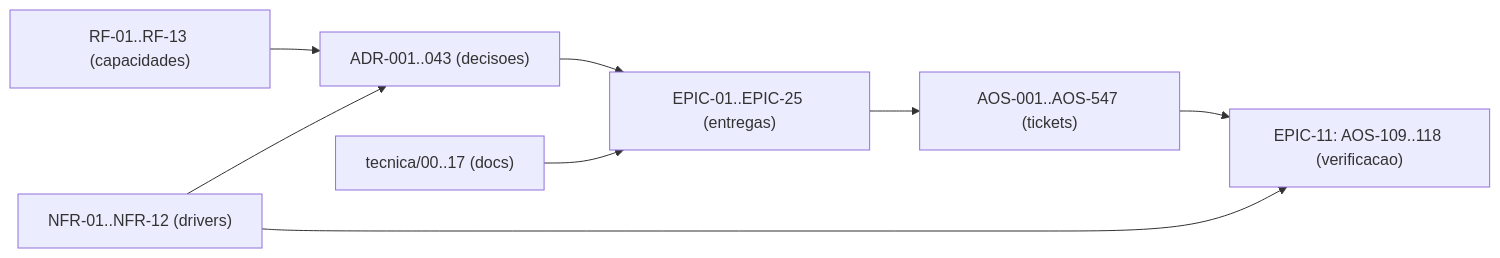
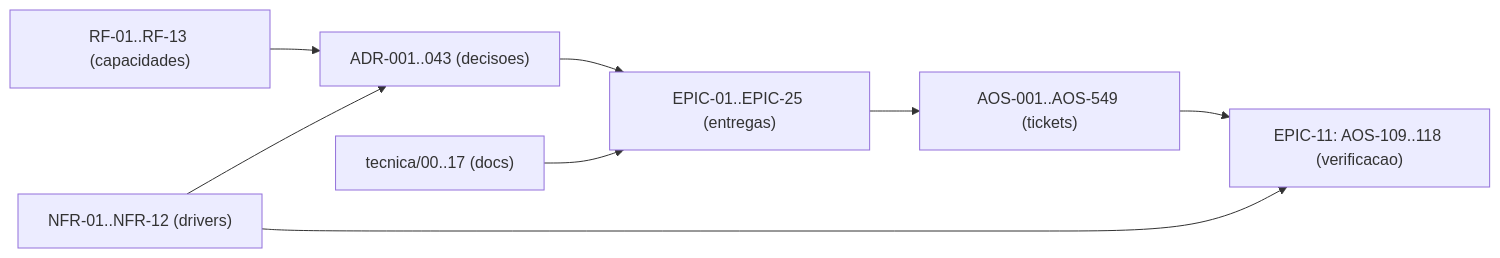
The diagram in tecnica/16_Rastreabilidade_RTM.md (albinoJimy/aos), drawn with Mermaid before and after one commit. The commit also changed other lines of this file and 19 other files, not shown here.

````diff
--- a/tecnica/16_Rastreabilidade_RTM.md
+++ b/tecnica/16_Rastreabilidade_RTM.md
@@ -213,10 +212,10 @@
 ```mermaid
 flowchart LR
     RF["RF-01..RF-13 (capacidades)"] --> ADR["ADR-001..043 (decisoes)"]
     NFR["NFR-01..NFR-12 (drivers)"] --> ADR
     ADR --> EPIC["EPIC-01..EPIC-25 (entregas)"]
-    EPIC --> TICK["AOS-001..AOS-547 (tickets)"]
+    EPIC --> TICK["AOS-001..AOS-549 (tickets)"]
     DOC["tecnica/00..17 (docs)"] --> EPIC
     TICK --> TEST["EPIC-11: AOS-109..118 (verificacao)"]
     NFR --> TEST
 ```
````
